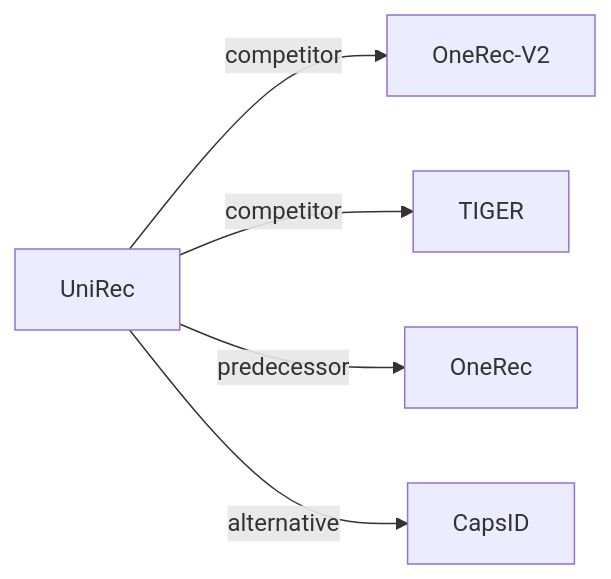
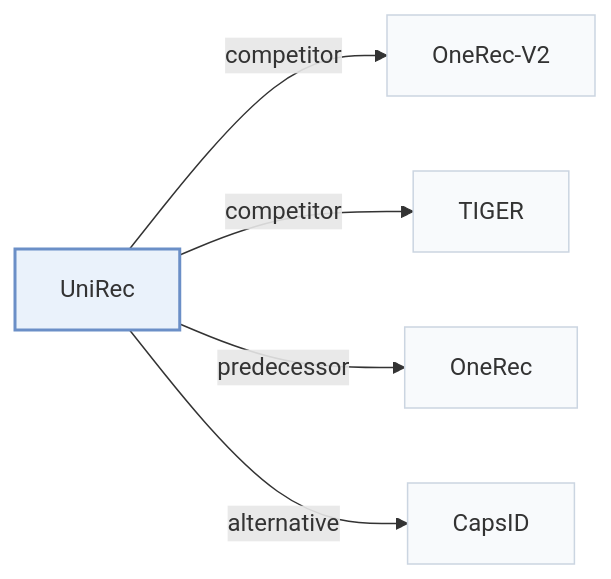
One commit to Galaxy-ghost/Awesome-SID-Generative-Rec changed the second of 2 diagrams in pages/papers/unirec.md. Above: the diagram before and after it, drawn with Mermaid. The commit also changed other lines of this file and 649 other files, not shown here.

Commit message:
writer-05: also tags and modality index (schema, check, build, visuals); summary field removed; calibration data for 12 papers

````diff
--- a/pages/papers/unirec.md
+++ b/pages/papers/unirec.md
@@ -69,8 +74,12 @@
 ```mermaid
 flowchart LR
     P["UniRec"]
-    P -->|competitor| A["OneRec-V2"]
-    P -->|competitor| B["TIGER"]
-    P -->|predecessor| C["OneRec"]
-    P -->|alternative| D["CapsID"]
+    P -->|"competitor"| A["OneRec-V2"]
+    P -->|"competitor"| B["TIGER"]
+    P -->|"predecessor"| C["OneRec"]
+    P -->|"alternative"| D["CapsID"]
+    classDef main fill:#eaf2fb,stroke:#6b8fc7,stroke-width:2px
+    classDef peer fill:#f8fafc,stroke:#cbd5e1
+    class P main
+    class A,B,C,D peer
 ```
````
